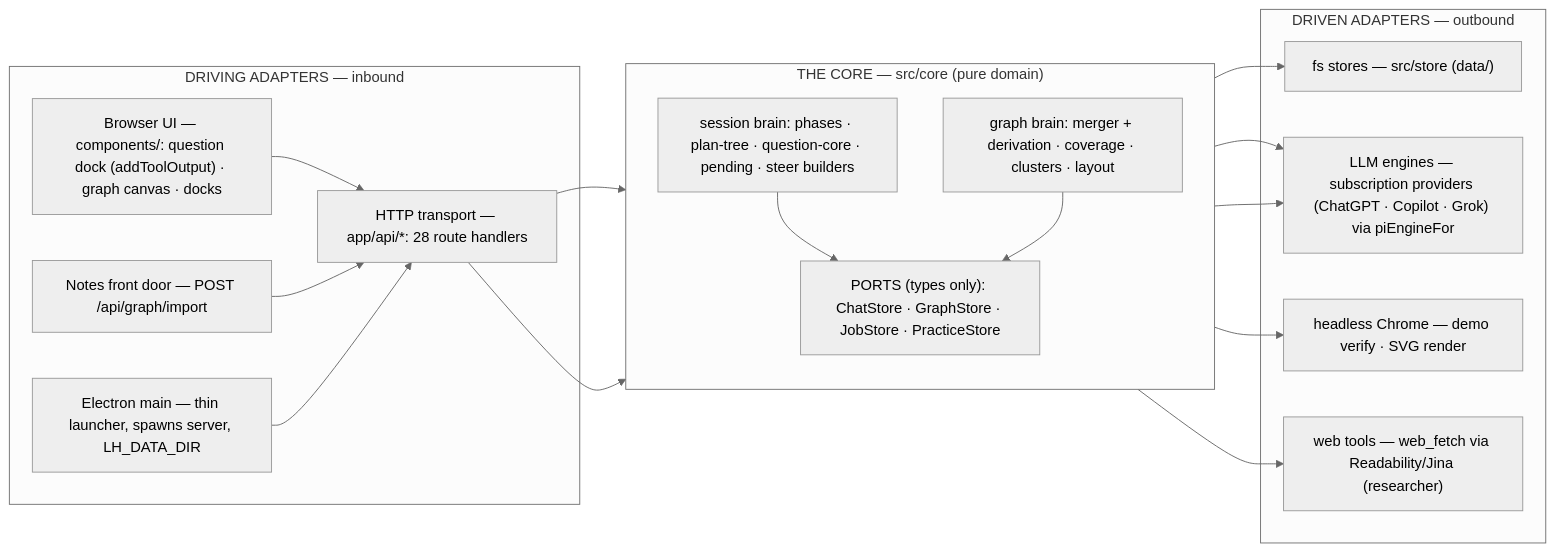
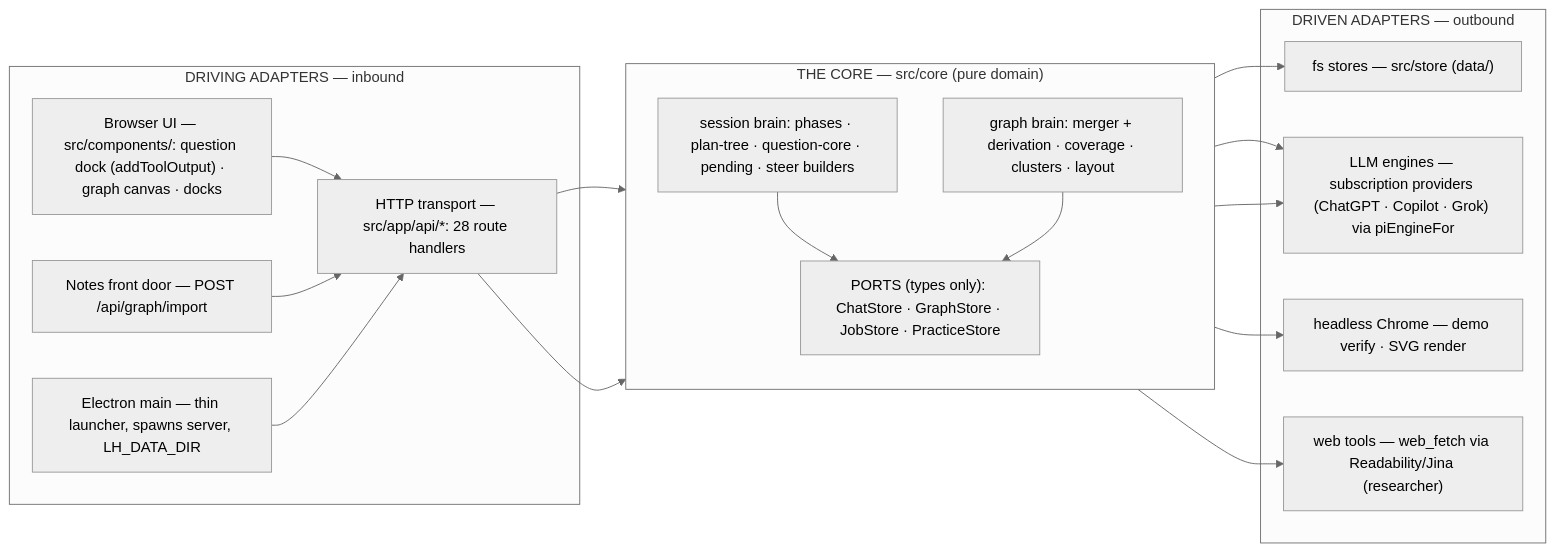
One commit to bayshores/godspeed changed the second of 7 diagrams in docs/architecture.md. Above: the diagram before and after it, drawn with Mermaid (neutral theme). The commit also changed other lines of this file and 578 other files, not shown here.

First line of the commit message:
tidy: move app code into src/, designs into docs/, packaging into electron/

````diff
--- a/docs/architecture.md
+++ b/docs/architecture.md
@@ -171,36 +171,36 @@
 ```mermaid
 flowchart LR
     subgraph DRIVING["DRIVING ADAPTERS — inbound"]
-        BROWSER["Browser UI — components/: question dock (addToolOutput) · graph canvas · docks"]
-        HTTP["HTTP transport — app/api/*: 28 route handlers"]
+        BROWSER["Browser UI — src/components/: question dock (addToolOutput) · graph canvas · docks"]
+        HTTP["HTTP transport — src/app/api/*: 28 route handlers"]
         NOTES["Notes front door — POST /api/graph/import"]
         ELEC["Electron main — thin launcher, spawns server, LH_DATA_DIR"]
     end
 
     subgraph HEXCORE["THE CORE — src/core (pure domain)"]
         direction TB
         SESS["session brain: phases · plan-tree · question-core · pending · steer builders"]
         GBRAIN["graph brain: merger + derivation · coverage · clusters · layout"]
         PORTSBOX["PORTS (types only): ChatStore · GraphStore · JobStore · PracticeStore"]
     end
 
     subgraph DRIVEN["DRIVEN ADAPTERS — outbound"]
         FS["fs stores — src/store (data/)"]
         LLM["LLM engines — subscription providers (ChatGPT · Copilot · Grok) via piEngineFor"]
         HEAD["headless Chrome — demo verify · SVG render"]
         WEB["web tools — web_fetch via Readability/Jina (researcher)"]
     end
 
     BROWSER --> HTTP
     NOTES --> HTTP
     ELEC --> HTTP
     HTTP --> SESS
     HTTP --> GBRAIN
     SESS --> PORTSBOX
     GBRAIN --> PORTSBOX
     PORTSBOX --> FS
     SESS --> LLM
     GBRAIN --> LLM
     SESS --> HEAD
     SESS --> WEB
 ```
````
